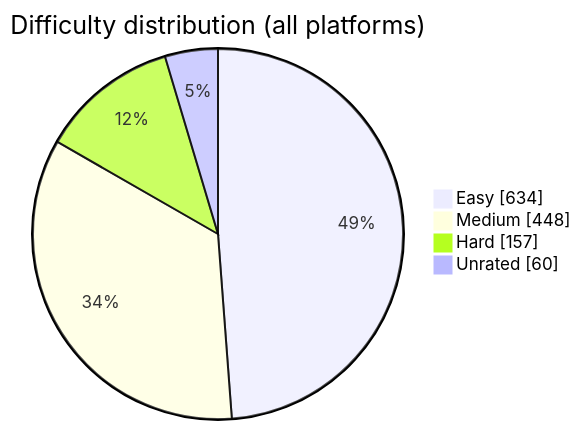
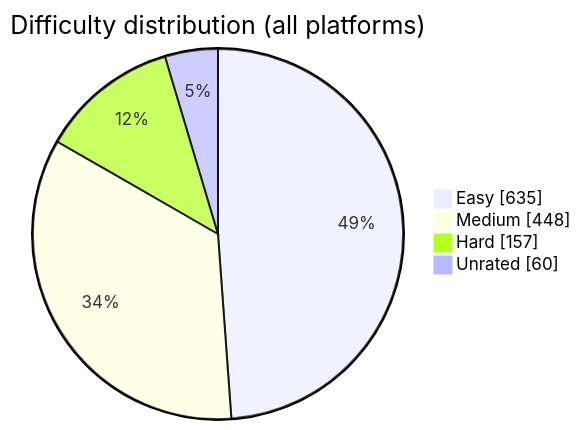
The diagram in README.md (BuildbyArindam/Daily-Coding-Log), drawn with Mermaid before and after one commit. The commit also changed other lines of this file, not shown here.

````diff
--- a/README.md
+++ b/README.md
@@ -93,7 +93,7 @@
 ```mermaid
 pie showData title Difficulty distribution (all platforms)
-    "Easy" : 634
+    "Easy" : 635
     "Medium" : 448
     "Hard" : 157
     "Unrated" : 60
 ```
````
